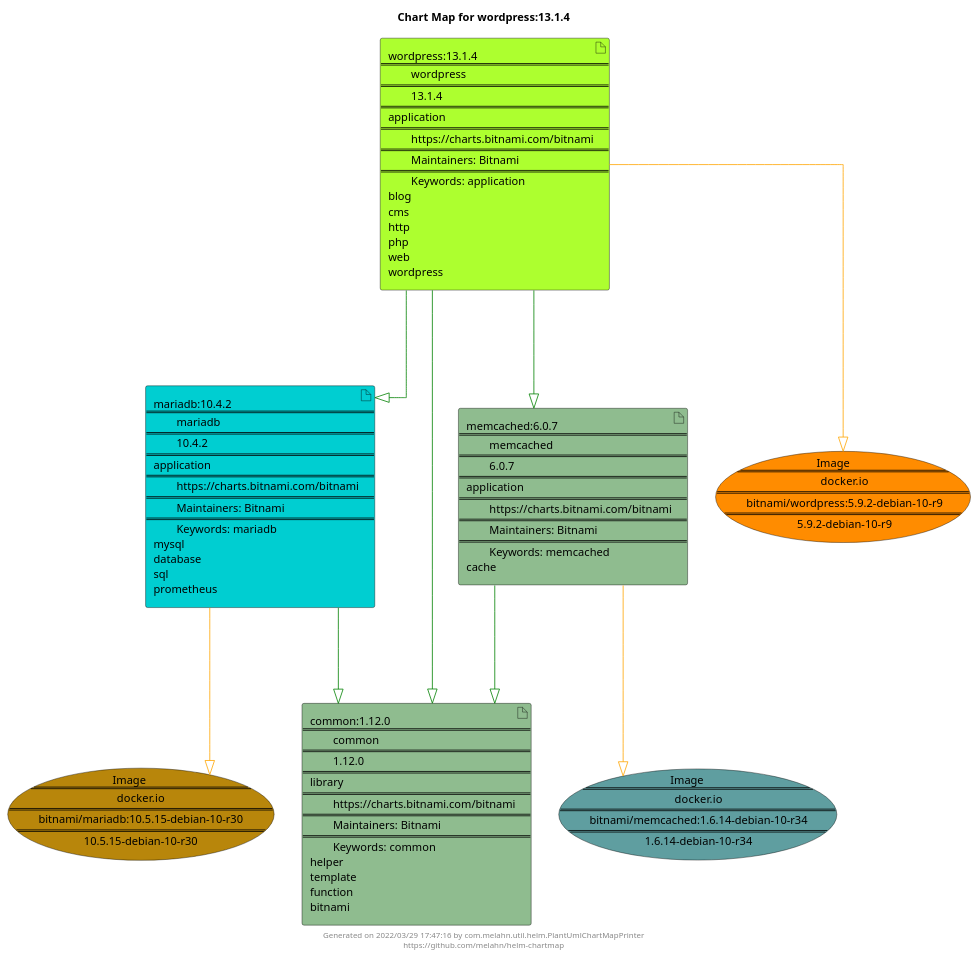
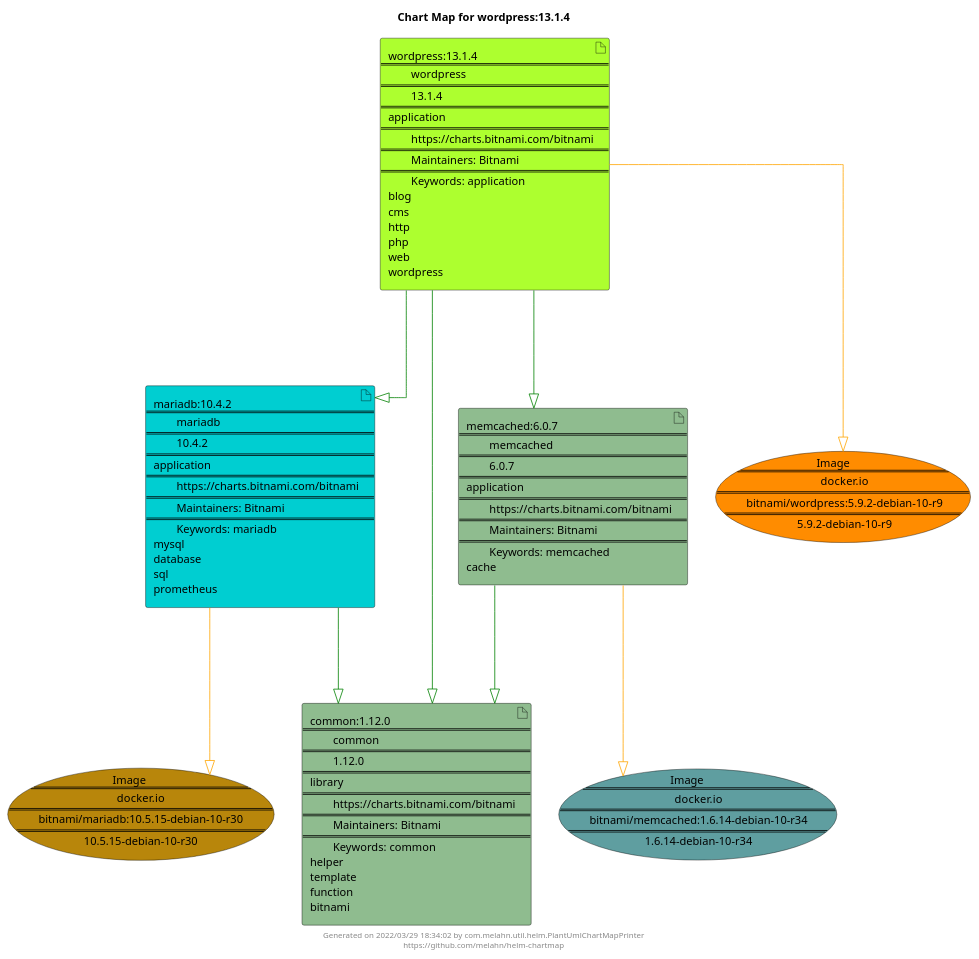
Before and after one commit to melahn/helm-chartmap: the diagram in docs/wordpress/wordpress-13.1.4.puml, drawn with PlantUML. The commit also changed 51 other files, not shown here.

Commit message:
Update Example Chart Maps as part of GitHub build

```diff
--- a/docs/wordpress/wordpress-13.1.4.puml
+++ b/docs/wordpress/wordpress-13.1.4.puml
@@ -1,33 +1,33 @@
 @startuml
 skinparam linetype ortho
 skinparam backgroundColor white
 skinparam usecaseBorderColor black
 skinparam usecaseArrowColor LightSlateGray
 skinparam artifactBorderColor black
 skinparam artifactArrowColor LightSlateGray
 
 title Chart Map for wordpress:13.1.4
 
 'There are 4 referenced Helm Charts
 artifact "wordpress:13.1.4\n====\n\twordpress\n====\n\t13.1.4\n====\napplication\n====\n\thttps://charts.bitnami.com/bitnami\n====\n\tMaintainers: Bitnami\n====\n\tKeywords: application\nblog\ncms\nhttp\nphp\nweb\nwordpress" as wordpress_13_1_4 #GreenYellow
 artifact "mariadb:10.4.2\n====\n\tmariadb\n====\n\t10.4.2\n====\napplication\n====\n\thttps://charts.bitnami.com/bitnami\n====\n\tMaintainers: Bitnami\n====\n\tKeywords: mariadb\nmysql\ndatabase\nsql\nprometheus" as mariadb_10_4_2 #DarkTurquoise
 artifact "memcached:6.0.7\n====\n\tmemcached\n====\n\t6.0.7\n====\napplication\n====\n\thttps://charts.bitnami.com/bitnami\n====\n\tMaintainers: Bitnami\n====\n\tKeywords: memcached\ncache" as memcached_6_0_7 #DarkSeaGreen
 artifact "common:1.12.0\n====\n\tcommon\n====\n\t1.12.0\n====\nlibrary\n====\n\thttps://charts.bitnami.com/bitnami\n====\n\tMaintainers: Bitnami\n====\n\tKeywords: common\nhelper\ntemplate\nfunction\nbitnami" as common_1_12_0 #DarkSeaGreen
 
 'There are 3 referenced Docker Images
 usecase "Image\n====\n\tdocker.io\n====\n\tbitnami/mariadb:10.5.15-debian-10-r30\n====\n\t10.5.15-debian-10-r30" as docker_io_bitnami_mariadb_10_5_15_debian_10_r30 #DarkGoldenRod
 usecase "Image\n====\n\tdocker.io\n====\n\tbitnami/memcached:1.6.14-debian-10-r34\n====\n\t1.6.14-debian-10-r34" as docker_io_bitnami_memcached_1_6_14_debian_10_r34 #CadetBlue
 usecase "Image\n====\n\tdocker.io\n====\n\tbitnami/wordpress:5.9.2-debian-10-r9\n====\n\t5.9.2-debian-10-r9" as docker_io_bitnami_wordpress_5_9_2_debian_10_r9 #Darkorange
 
 'Chart Dependencies
 wordpress_13_1_4--[#green]-|>mariadb_10_4_2
 mariadb_10_4_2--[#green]-|>common_1_12_0
 wordpress_13_1_4--[#green]-|>memcached_6_0_7
 memcached_6_0_7--[#green]-|>common_1_12_0
 wordpress_13_1_4--[#green]-|>common_1_12_0
 wordpress_13_1_4--[#orange]-|>docker_io_bitnami_wordpress_5_9_2_debian_10_r9
 mariadb_10_4_2--[#orange]-|>docker_io_bitnami_mariadb_10_5_15_debian_10_r30
 memcached_6_0_7--[#orange]-|>docker_io_bitnami_memcached_1_6_14_debian_10_r34
 
-center footer Generated on 2022/03/29 17:47:16 by com.melahn.util.helm.PlantUmlChartMapPrinter\nhttps://github.com/melahn/helm-chartmap
+center footer Generated on 2022/03/29 18:34:02 by com.melahn.util.helm.PlantUmlChartMapPrinter\nhttps://github.com/melahn/helm-chartmap
 @enduml
```
